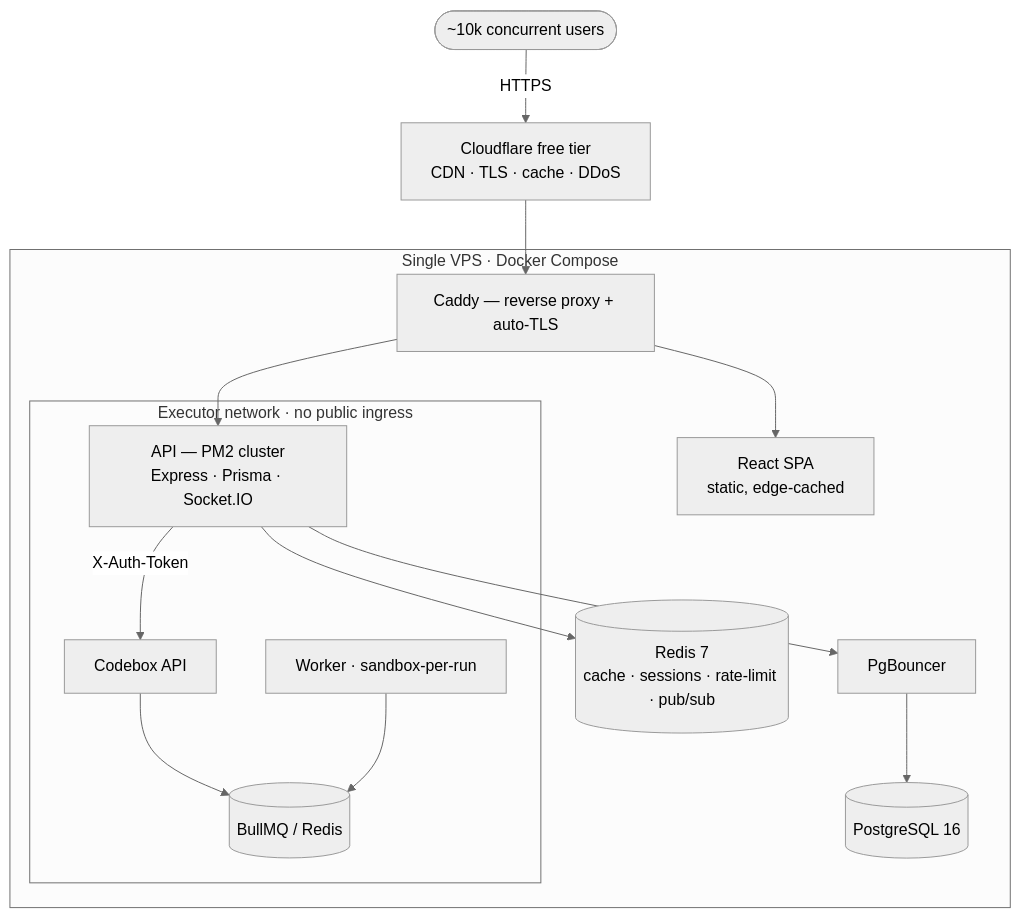
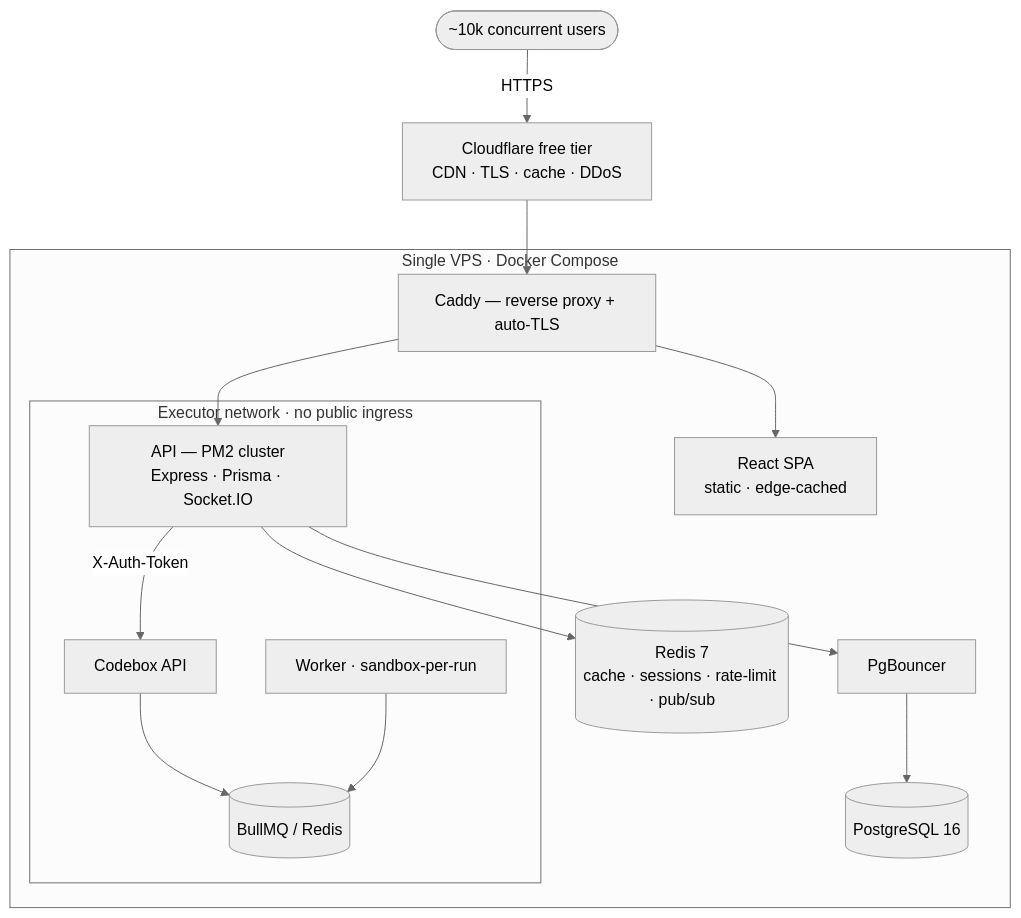
Before and after one commit to Rahul5977/CodeArena: the diagram in README.md, drawn with Mermaid (neutral theme). The commit also changed other lines of this file and 2 other files, not shown here.

````diff
--- a/README.md
+++ b/README.md
@@ -47,18 +73,18 @@
 ```mermaid
 flowchart TB
   users([~10k concurrent users]) -->|HTTPS| cf[Cloudflare free tier<br/>CDN · TLS · cache · DDoS]
   cf --> edge[Caddy — reverse proxy + auto-TLS]
 
   subgraph vps[Single VPS · Docker Compose]
-    edge --> fe[React SPA<br/>static, edge-cached]
+    edge --> fe[React SPA<br/>static · edge-cached]
     edge --> be[API — PM2 cluster<br/>Express · Prisma · Socket.IO]
     be --> pgb[PgBouncer] --> pg[(PostgreSQL 16)]
     be --> rd[(Redis 7<br/>cache · sessions · rate-limit · pub/sub)]
 
     subgraph exec[Executor network · no public ingress]
       be -->|X-Auth-Token| cbapi[Codebox API]
       cbapi --> cbq[(BullMQ / Redis)]
       cbwrk[Worker · sandbox-per-run] --> cbq
     end
   end
 ```
````
